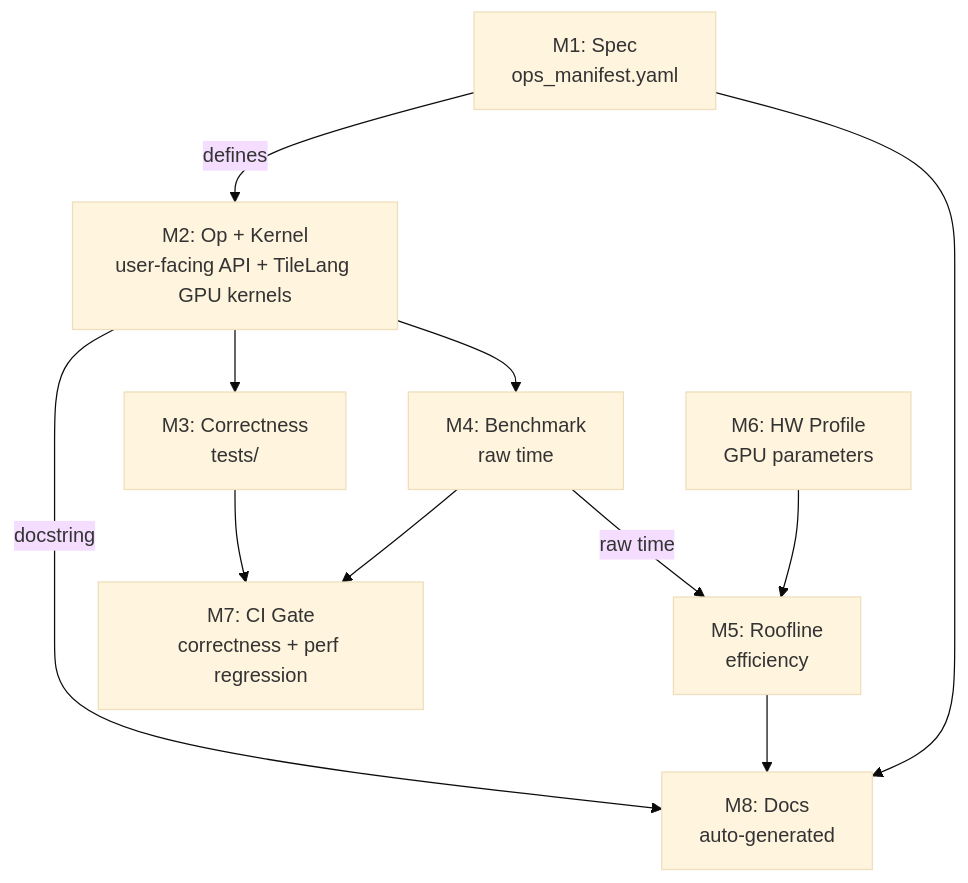
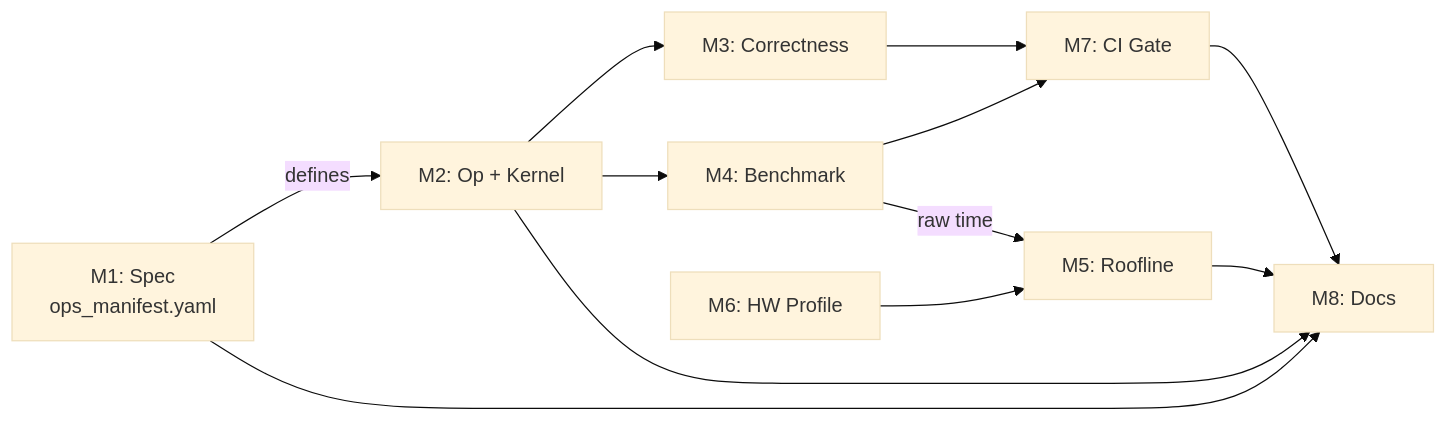
Before and after one commit to tile-ai/TileOPs: the first of 2 diagrams in docs/architecture.md, drawn with Mermaid (base theme). The commit also changed 4 other files, not shown here.

````diff
--- a/docs/architecture.md
+++ b/docs/architecture.md
@@ -9,22 +9,18 @@
 ```mermaid
-graph TD
+graph LR
     M1["M1: Spec<br/>ops_manifest.yaml"]
-    M2["M2: Op + Kernel<br/>user-facing API + TileLang GPU kernels"]
-    M3["M3: Correctness<br/>tests/"]
-    M4["M4: Benchmark<br/>raw time"]
-    M5["M5: Roofline<br/>efficiency"]
-    M6["M6: HW Profile<br/>GPU parameters"]
-    M7["M7: CI Gate<br/>correctness + perf regression"]
-    M8["M8: Docs<br/>auto-generated"]
+    M2["M2: Op + Kernel"]
+    M3["M3: Correctness"]
+    M4["M4: Benchmark"]
+    M5["M5: Roofline"]
+    M6["M6: HW Profile"]
+    M7["M7: CI Gate"]
+    M8["M8: Docs"]
 
     M1 -- defines --> M2
-    M2 --> M3
-    M2 --> M4
-    M2 -- docstring --> M8
+    M2 --> M3 & M4
+    M3 & M4 --> M7
     M4 -- raw time --> M5
     M6 --> M5
-    M5 --> M8
-    M1 --> M8
-    M3 --> M7
-    M4 --> M7
+    M1 & M2 & M5 & M7 --> M8
 ```
````
